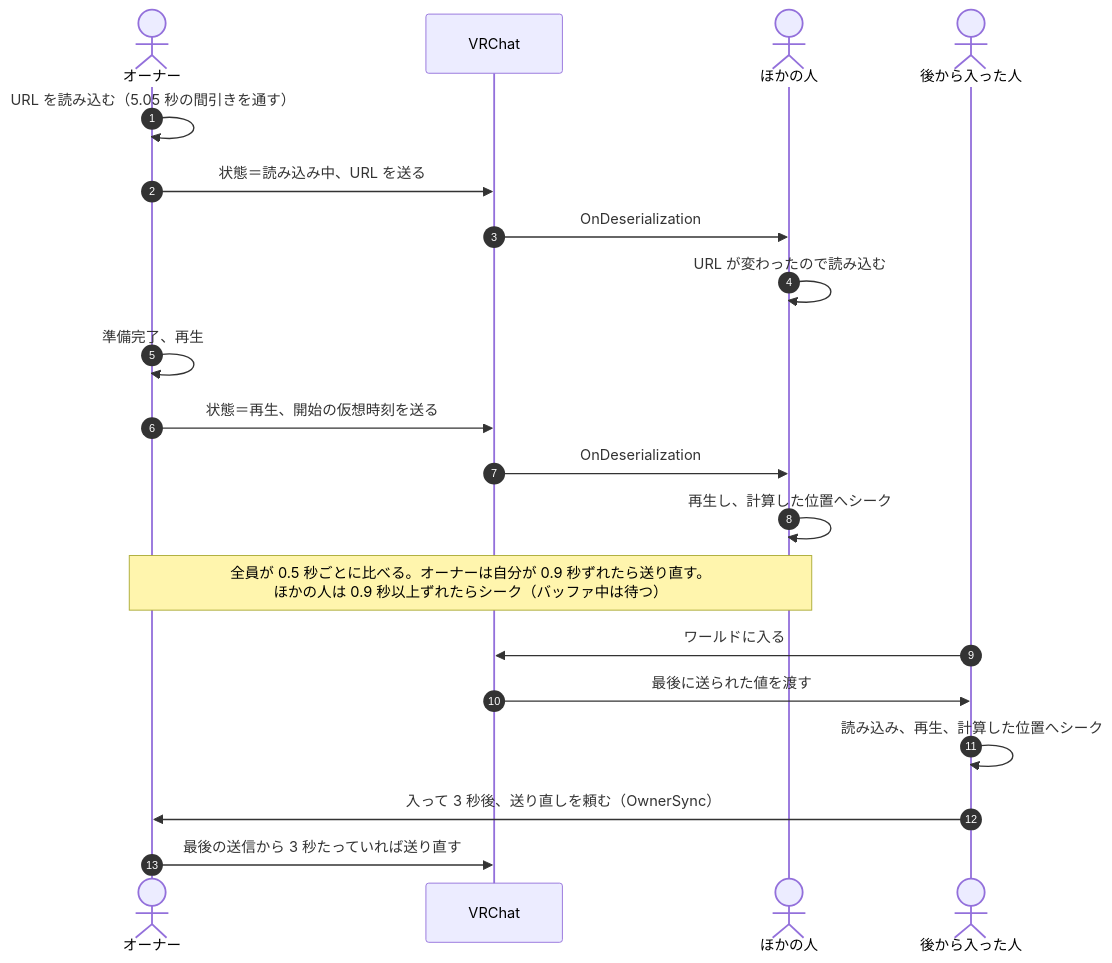
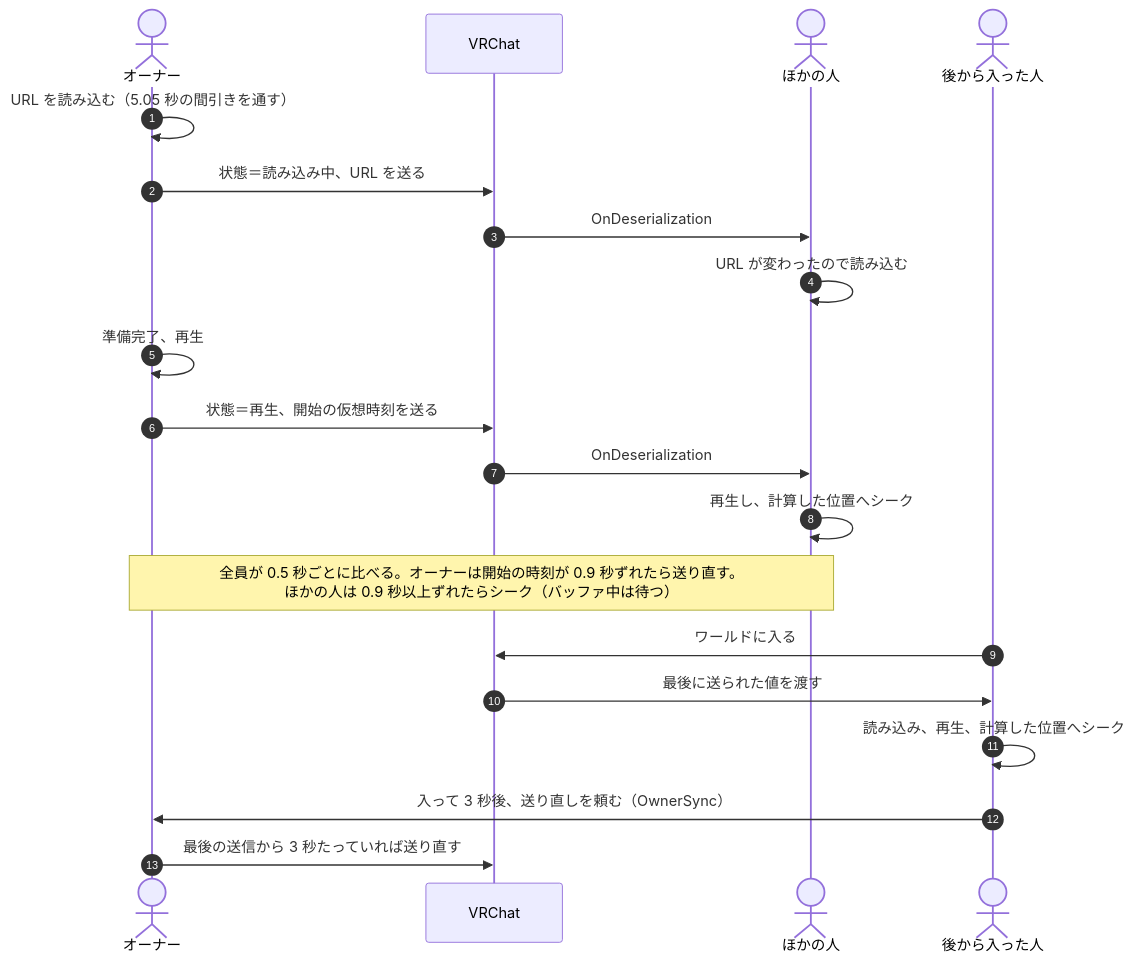
The third of 9 diagrams in docs/design/228-playback-sync/README.md (Mega-Gorilla/KawaPlayer), drawn with Mermaid before and after one commit. The commit also changed other lines of this file, not shown here.

````diff
--- a/docs/design/228-playback-sync/README.md
+++ b/docs/design/228-playback-sync/README.md
@@ -208,22 +208,22 @@
 ```mermaid
 sequenceDiagram
   autonumber
   actor A as オーナー
   participant N as VRChat
   actor B as ほかの人
   actor C as 後から入った人
   A->>A: URL を読み込む（5.05 秒の間引きを通す）
   A->>N: 状態＝読み込み中、URL を送る
   N->>B: OnDeserialization
   B->>B: URL が変わったので読み込む
   A->>A: 準備完了、再生
   A->>N: 状態＝再生、開始の仮想時刻を送る
   N->>B: OnDeserialization
   B->>B: 再生し、計算した位置へシーク
-  Note over A,B: 全員が 0.5 秒ごとに比べる。オーナーは自分が 0.9 秒ずれたら送り直す。<br/>ほかの人は 0.9 秒以上ずれたらシーク（バッファ中は待つ）
+  Note over A,B: 全員が 0.5 秒ごとに比べる。オーナーは開始の時刻が 0.9 秒ずれたら送り直す。<br/>ほかの人は 0.9 秒以上ずれたらシーク（バッファ中は待つ）
   C->>N: ワールドに入る
   N->>C: 最後に送られた値を渡す
   C->>C: 読み込み、再生、計算した位置へシーク
   C->>A: 入って 3 秒後、送り直しを頼む（OwnerSync）
   A->>N: 最後の送信から 3 秒たっていれば送り直す
 ```
````
